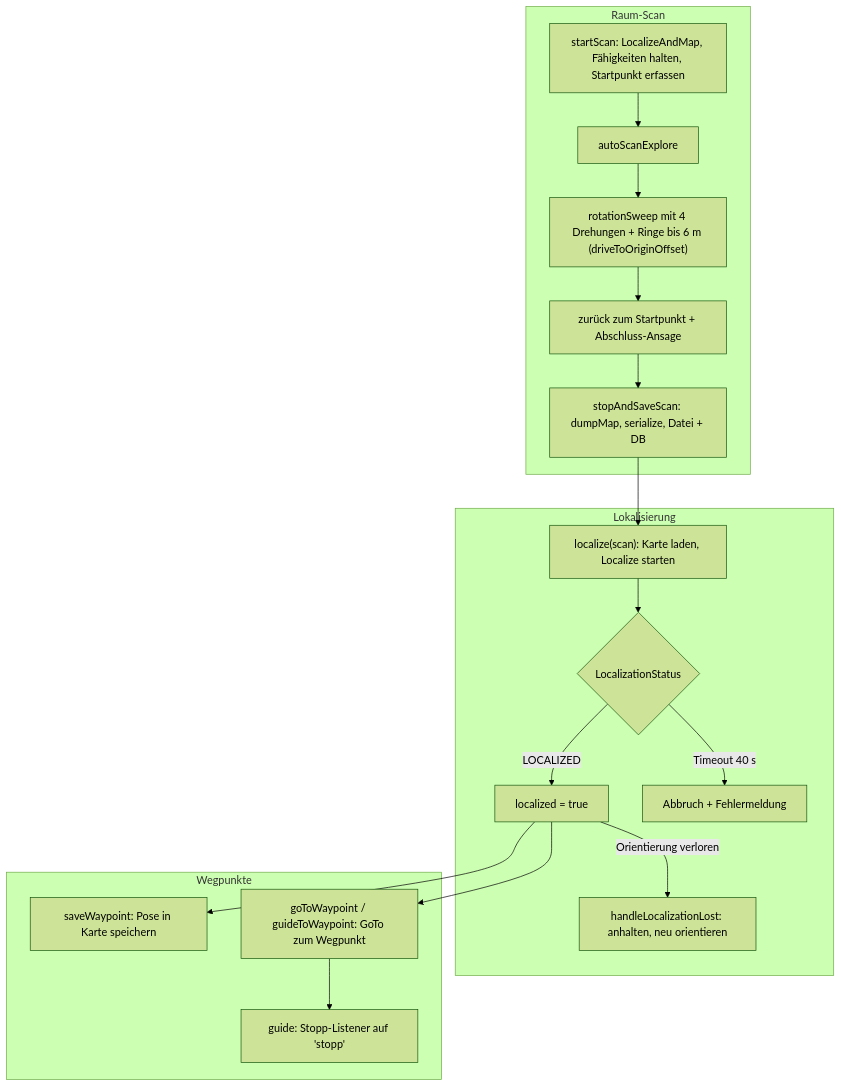
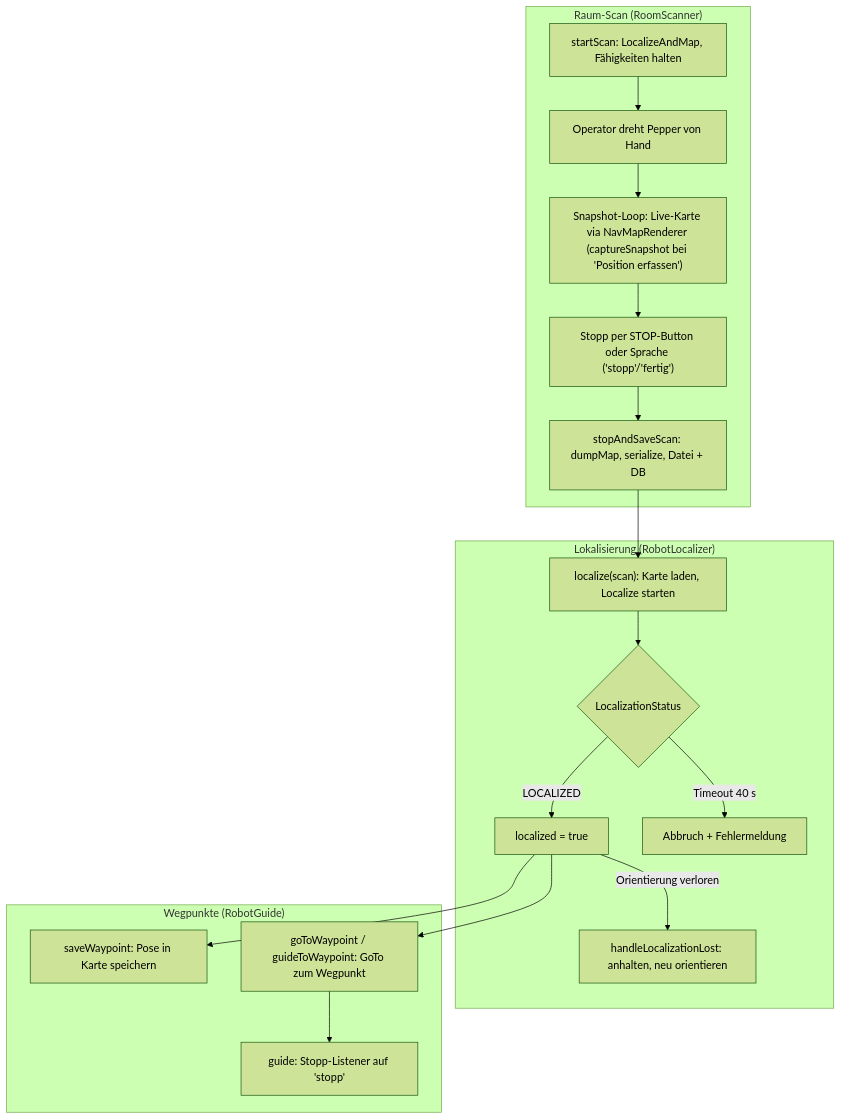
One commit to nijasc/Pepper changed the third of 7 diagrams in FLOWS.md. Above: the diagram before and after it, drawn with Mermaid (forest theme). The commit also changed other lines of this file and 2 other files, not shown here.

````diff
--- a/FLOWS.md
+++ b/FLOWS.md
@@ -76,24 +79,24 @@
 ```mermaid
 flowchart TD
-    subgraph Scan["Raum-Scan"]
-        S1["startScan: LocalizeAndMap, Fähigkeiten halten, Startpunkt erfassen"] --> S2[autoScanExplore]
-        S2 --> S3["rotationSweep mit 4 Drehungen + Ringe bis 6 m (driveToOriginOffset)"]
-        S3 --> S4["zurück zum Startpunkt + Abschluss-Ansage"]
+    subgraph Scan["Raum-Scan (RoomScanner)"]
+        S1["startScan: LocalizeAndMap, Fähigkeiten halten"] --> S2["Operator dreht Pepper von Hand"]
+        S2 --> S3["Snapshot-Loop: Live-Karte via NavMapRenderer (captureSnapshot bei 'Position erfassen')"]
+        S3 --> S4["Stopp per STOP-Button oder Sprache ('stopp'/'fertig')"]
         S4 --> S5["stopAndSaveScan: dumpMap, serialize, Datei + DB"]
     end
-    subgraph Loc["Lokalisierung"]
+    subgraph Loc["Lokalisierung (RobotLocalizer)"]
         L1["localize(scan): Karte laden, Localize starten"] --> L2{LocalizationStatus}
         L2 -->|LOCALIZED| L3["localized = true"]
         L2 -->|Timeout 40 s| L4["Abbruch + Fehlermeldung"]
         L3 -->|Orientierung verloren| L5["handleLocalizationLost: anhalten, neu orientieren"]
     end
-    subgraph Drive["Wegpunkte"]
+    subgraph Drive["Wegpunkte (RobotGuide)"]
         D1["saveWaypoint: Pose in Karte speichern"]
         D2["goToWaypoint / guideToWaypoint: GoTo zum Wegpunkt"]
         D3["guide: Stopp-Listener auf 'stopp'"]
     end
     S5 --> L1
     L3 --> D1
     L3 --> D2
     D2 --> D3
 ```
````
